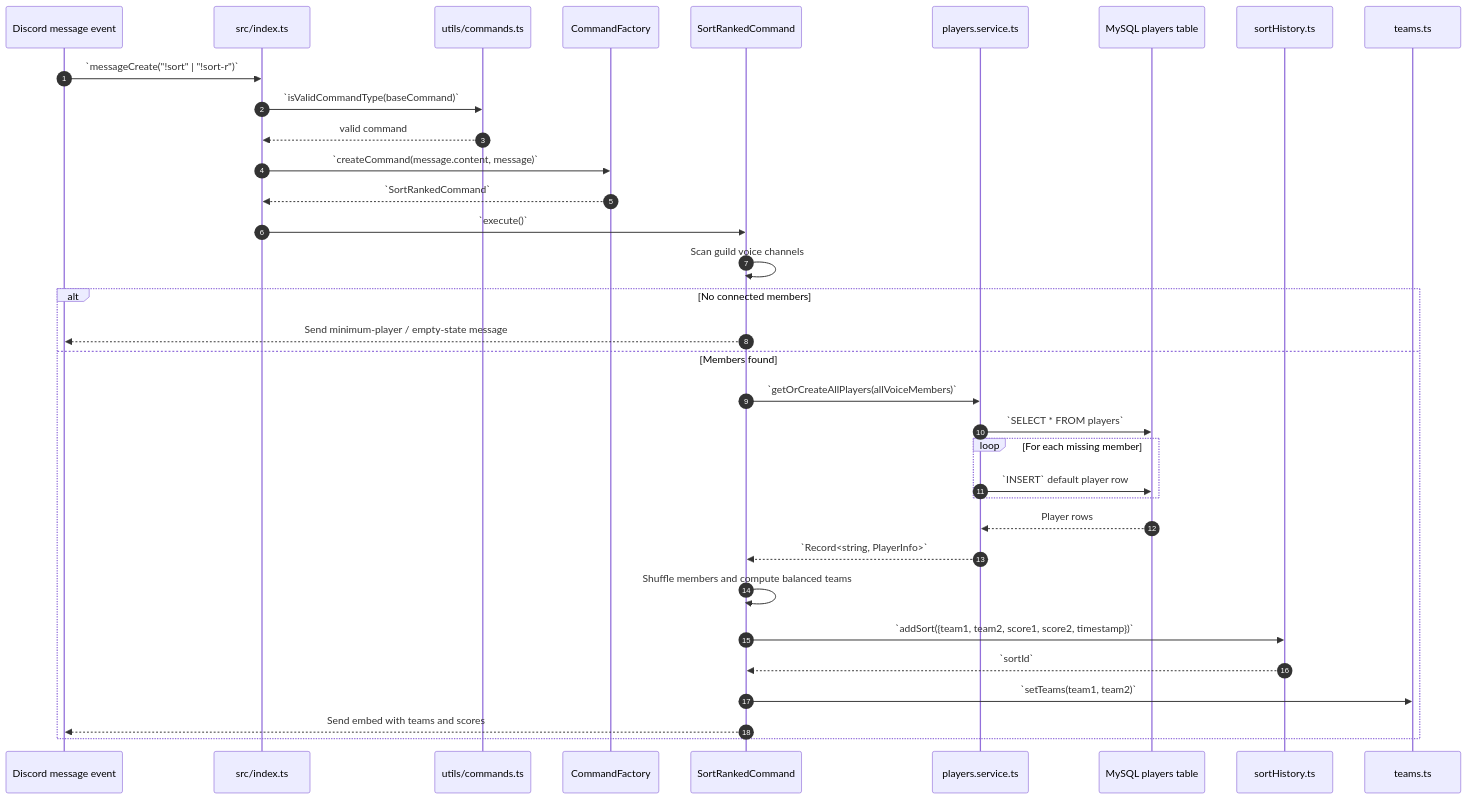
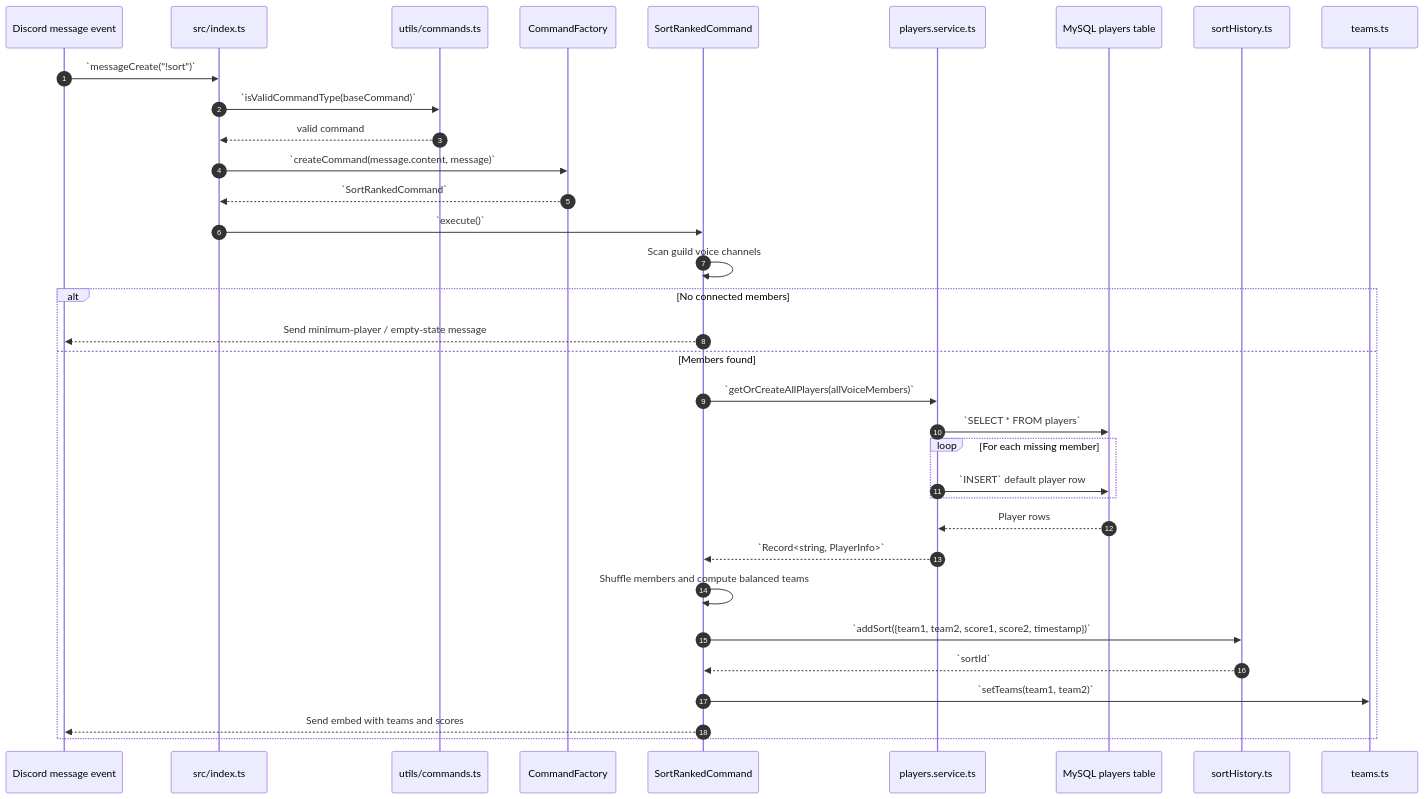
One commit to Ariel-Patino/discord-sort-players-dota changed the fourth of 7 diagrams in documents/ARCHITECTURE.md. Above: the diagram before and after it, drawn with Mermaid. The commit also changed other lines of this file and 38 other files, not shown here.

````diff
--- a/documents/ARCHITECTURE.md
+++ b/documents/ARCHITECTURE.md
@@ -226,37 +226,37 @@
 ```mermaid
 sequenceDiagram
     autonumber
     participant Discord as Discord message event
     participant App as src/index.ts
     participant Validator as utils/commands.ts
     participant Factory as CommandFactory
     participant SortCmd as SortRankedCommand
     participant Service as players.service.ts
     participant DB as MySQL players table
     participant History as sortHistory.ts
     participant Teams as teams.ts
 
-    Discord->>App: `messageCreate("!sort" | "!sort-r")`
+    Discord->>App: `messageCreate("!sort")`
     App->>Validator: `isValidCommandType(baseCommand)`
     Validator-->>App: valid command
     App->>Factory: `createCommand(message.content, message)`
     Factory-->>App: `SortRankedCommand`
     App->>SortCmd: `execute()`
     SortCmd->>SortCmd: Scan guild voice channels
     alt No connected members
         SortCmd-->>Discord: Send minimum-player / empty-state message
     else Members found
         SortCmd->>Service: `getOrCreateAllPlayers(allVoiceMembers)`
         Service->>DB: `SELECT * FROM players`
         loop For each missing member
             Service->>DB: `INSERT` default player row
         end
         DB-->>Service: Player rows
         Service-->>SortCmd: `Record<string, PlayerInfo>`
         SortCmd->>SortCmd: Shuffle members and compute balanced teams
         SortCmd->>History: `addSort({team1, team2, score1, score2, timestamp})`
         History-->>SortCmd: `sortId`
         SortCmd->>Teams: `setTeams(team1, team2)`
         SortCmd-->>Discord: Send embed with teams and scores
     end
 ```
````
